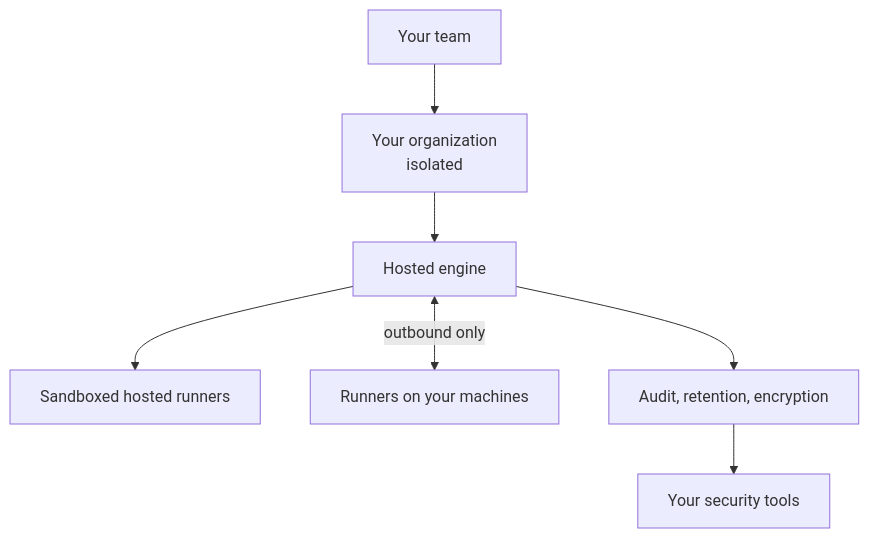
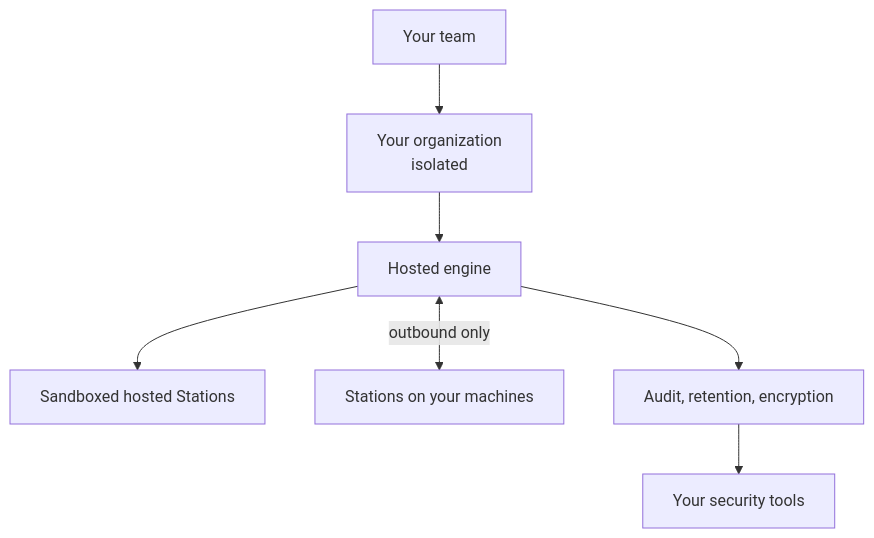
The diagram in docs/roadmap/milestone-7.md (JK-Magic-Creations/launchway), drawn with Mermaid before and after one commit. The commit also changed other lines of this file and 315 other files, not shown here.

````diff
--- a/docs/roadmap/milestone-7.md
+++ b/docs/roadmap/milestone-7.md
@@ -29,9 +29,9 @@
 ```mermaid
 flowchart TD
   User["Your team"] --> Org["Your organization<br/>isolated"]
   Org --> Engine["Hosted engine"]
-  Engine --> Sand["Sandboxed hosted runners"]
-  Engine <-->|outbound only| Own["Runners on your machines"]
+  Engine --> Sand["Sandboxed hosted Stations"]
+  Engine <-->|outbound only| Own["Stations on your machines"]
   Engine --> Audit["Audit, retention, encryption"]
   Audit --> Siem["Your security tools"]
 ```
````
